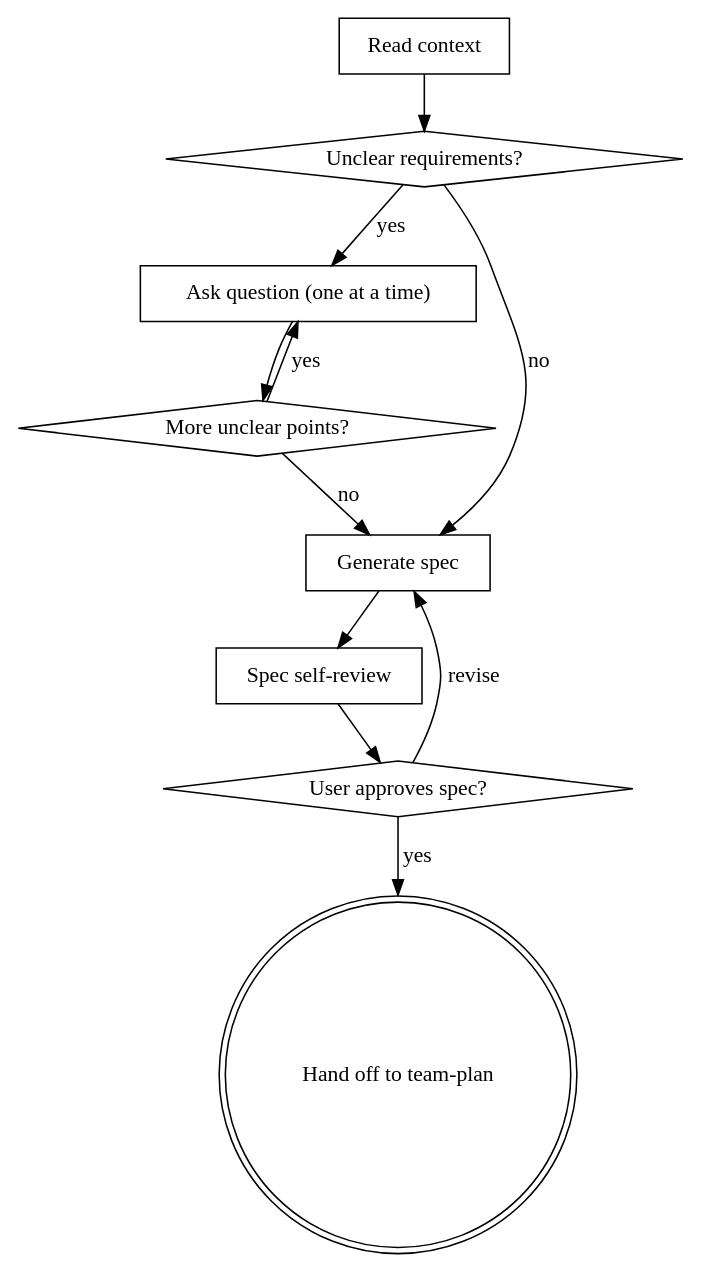
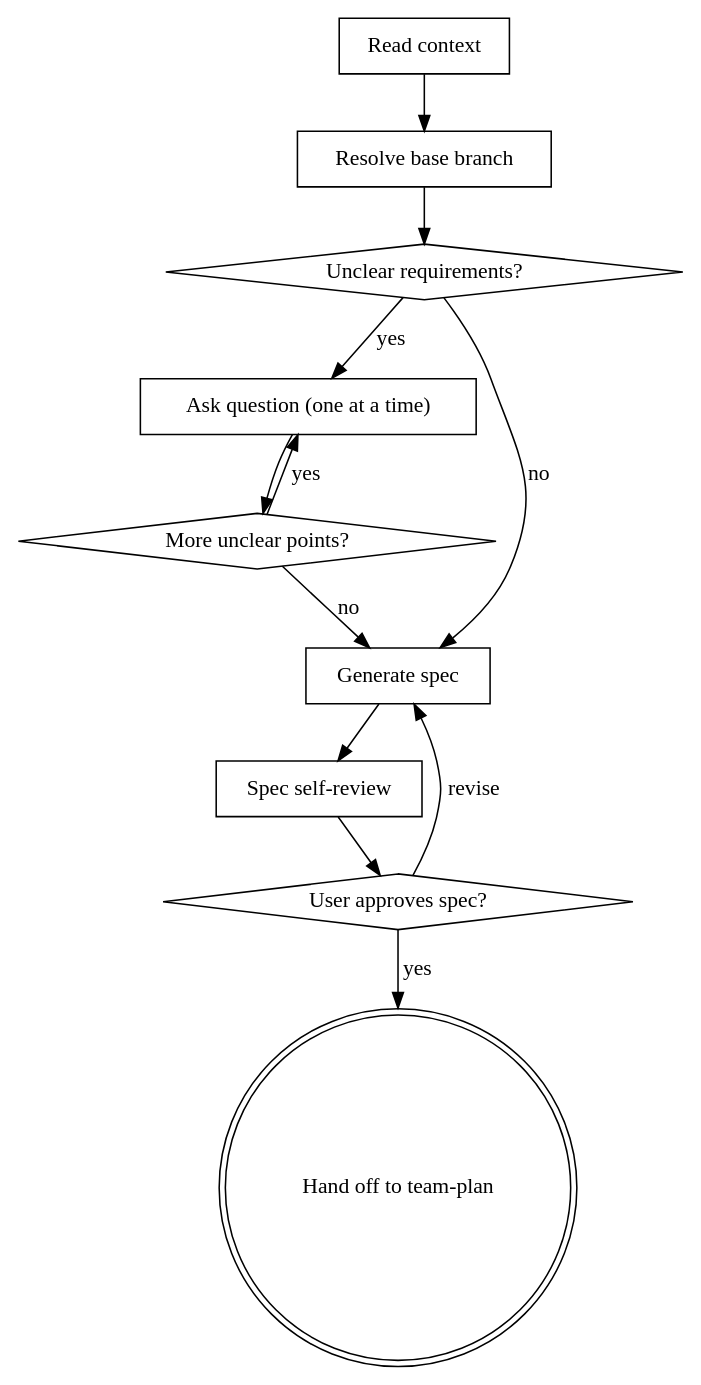
The diagram in skills/quick-brainstorm/SKILL.md (rat-siem/team-driven-development), drawn with Graphviz before and after one commit. The commit also changed 2 other files, not shown here.

Commit message:
docs(skills): add Resolve base branch node to Process Flow diagrams
Address reviewer R-1 observational finding: Process Flow dot
diagrams in quick-brainstorm, deep-brainstorm, and team-plan
were not updated when the new Resolve base branch checklist
step was inserted. The Checklist remains authoritative; this
keeps the visual aid consistent.

````diff
--- a/skills/quick-brainstorm/SKILL.md
+++ b/skills/quick-brainstorm/SKILL.md
@@ -43,23 +43,25 @@
 ```dot
 digraph quick_brainstorm {
     "Read context" [shape=box];
+    "Resolve base branch" [shape=box];
     "Unclear requirements?" [shape=diamond];
     "Ask question (one at a time)" [shape=box];
     "More unclear points?" [shape=diamond];
     "Generate spec" [shape=box];
     "Spec self-review" [shape=box];
     "User approves spec?" [shape=diamond];
     "Hand off to team-plan" [shape=doublecircle];
 
-    "Read context" -> "Unclear requirements?";
+    "Read context" -> "Resolve base branch";
+    "Resolve base branch" -> "Unclear requirements?";
     "Unclear requirements?" -> "Ask question (one at a time)" [label="yes"];
     "Unclear requirements?" -> "Generate spec" [label="no"];
     "Ask question (one at a time)" -> "More unclear points?";
     "More unclear points?" -> "Ask question (one at a time)" [label="yes"];
     "More unclear points?" -> "Generate spec" [label="no"];
     "Generate spec" -> "Spec self-review";
     "Spec self-review" -> "User approves spec?";
     "User approves spec?" -> "Generate spec" [label="revise"];
     "User approves spec?" -> "Hand off to team-plan" [label="yes"];
 }
 ```
````
